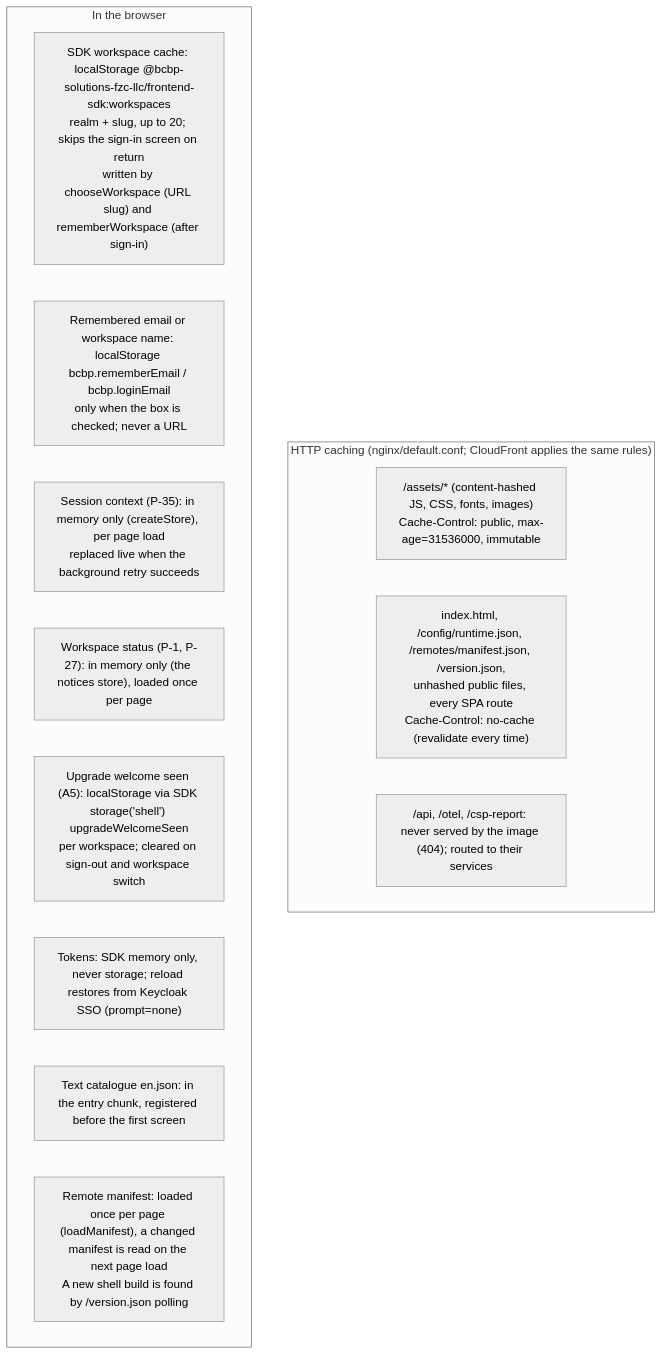
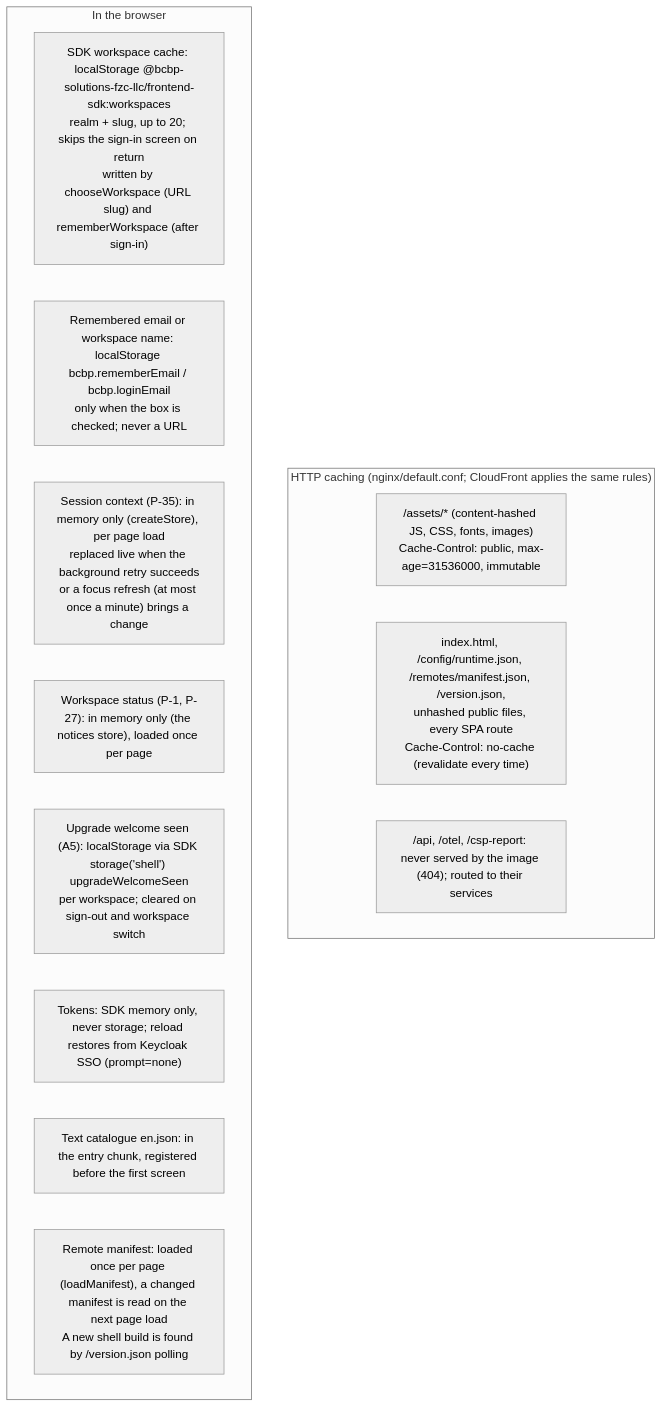
The diagram in docs/architecture/mermaid/cache-strategy.mmd (BCBP-SOLUTIONS-FZC-LLC/web-shell), drawn with Mermaid (neutral theme) before and after one commit. The commit also changed 17 other files, not shown here.

First line of the commit message:
Ask P-35 again on focus so a role or plan change made elsewhere reaches the page without a reload (#81)

```diff
--- a/docs/architecture/mermaid/cache-strategy.mmd
+++ b/docs/architecture/mermaid/cache-strategy.mmd
@@ -1,16 +1,16 @@
 flowchart TD
     subgraph http["HTTP caching (nginx/default.conf; CloudFront applies the same rules)"]
         h1["/assets/* (content-hashed JS, CSS, fonts, images)\nCache-Control: public, max-age=31536000, immutable"]
         h2["index.html, /config/runtime.json, /remotes/manifest.json, /version.json,\nunhashed public files, every SPA route\nCache-Control: no-cache (revalidate every time)"]
         h3["/api, /otel, /csp-report: never served by the image (404); routed to their services"]
     end
     subgraph browser["In the browser"]
         b1["SDK workspace cache: localStorage @bcbp-solutions-fzc-llc/frontend-sdk:workspaces\nrealm + slug, up to 20; skips the sign-in screen on return\nwritten by chooseWorkspace (URL slug) and rememberWorkspace (after sign-in)"]
         b2["Remembered email or workspace name: localStorage bcbp.rememberEmail / bcbp.loginEmail\nonly when the box is checked; never a URL"]
-        b3["Session context (P-35): in memory only (createStore), per page load\nreplaced live when the background retry succeeds"]
+        b3["Session context (P-35): in memory only (createStore), per page load\nreplaced live when the background retry succeeds\nor a focus refresh (at most once a minute) brings a change"]
         b7["Workspace status (P-1, P-27): in memory only (the notices store), loaded once per page"]
         b8["Upgrade welcome seen (A5): localStorage via SDK storage('shell') upgradeWelcomeSeen\nper workspace; cleared on sign-out and workspace switch"]
         b4["Tokens: SDK memory only, never storage; reload restores from Keycloak SSO (prompt=none)"]
         b5["Text catalogue en.json: in the entry chunk, registered before the first screen"]
         b6["Remote manifest: loaded once per page (loadManifest), a changed manifest is read on the next page load\nA new shell build is found by /version.json polling"]
     end
```
